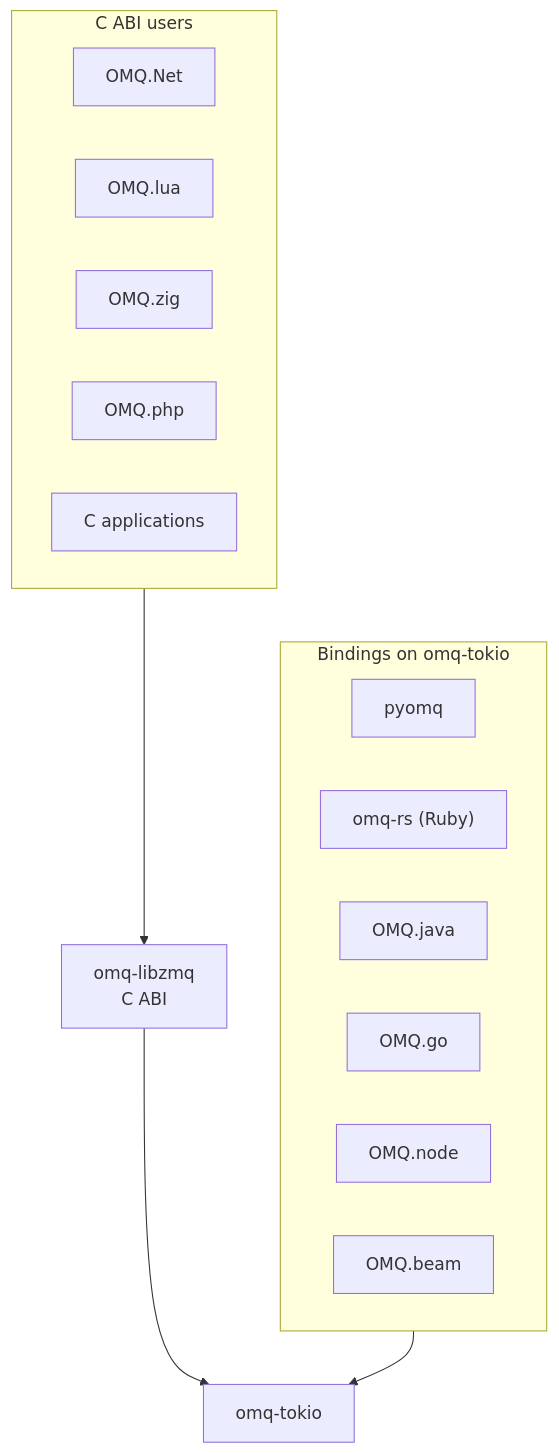
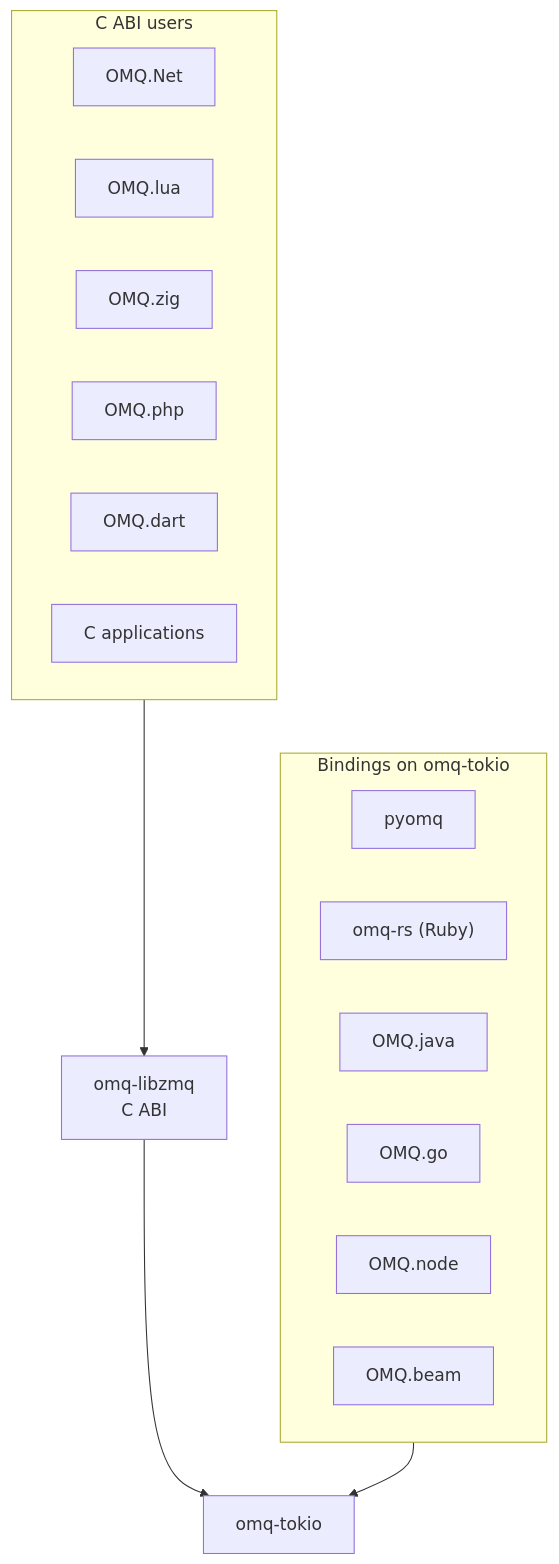
The diagram in doc/bindings.md (paddor/omq.rs), drawn with Mermaid before and after one commit. The commit also changed other lines of this file and 5 other files, not shown here.

First line of the commit message:
Document the OMQ.dart binding

````diff
--- a/doc/bindings.md
+++ b/doc/bindings.md
@@ -8,21 +8,22 @@
 ```mermaid
 flowchart TD
     subgraph direct["Bindings on omq-tokio"]
         py["pyomq"]
         rb["omq-rs (Ruby)"]
         java["OMQ.java"]
         go["OMQ.go"]
         node["OMQ.node"]
         beam["OMQ.beam"]
     end
     subgraph cabi["C ABI users"]
         net["OMQ.Net"]
         lua["OMQ.lua"]
         zig["OMQ.zig"]
         php["OMQ.php"]
+        dart["OMQ.dart"]
         c["C applications"]
     end
     cabi --> libzmq["omq-libzmq<br/>C ABI"]
     direct --> tokio["omq-tokio"]
     libzmq --> tokio
 ```
````
